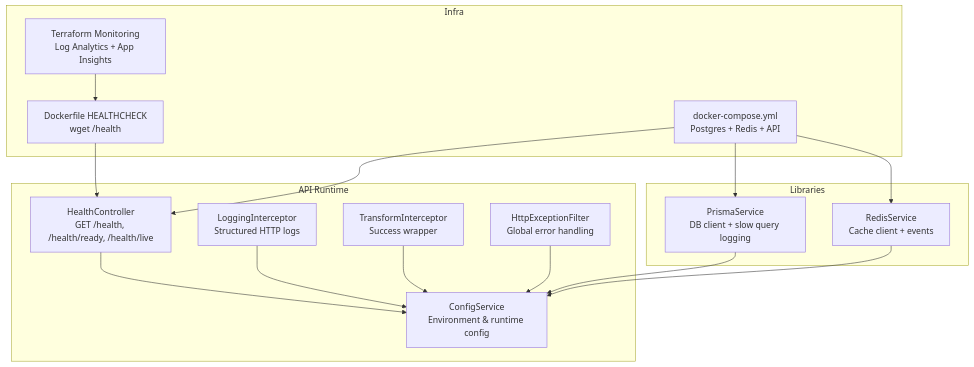
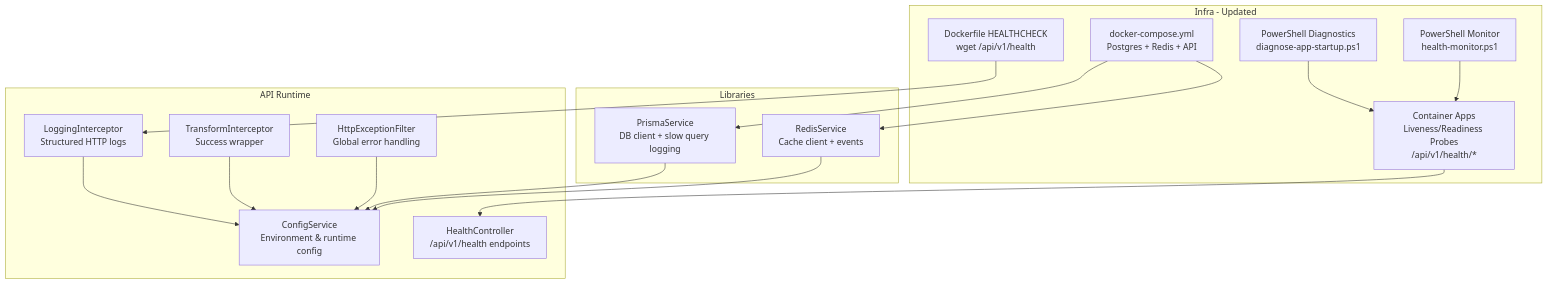
Before and after one commit to Avi-Bendetsky/Quiz-to-build: the first of 3 diagrams in .qoder/repowiki/en/content/Monitoring and Maintenance.md, drawn with Mermaid. The commit also changed other lines of this file and 41 other files, not shown here.

````diff
--- a/.qoder/repowiki/en/content/Monitoring and Maintenance.md
+++ b/.qoder/repowiki/en/content/Monitoring and Maintenance.md
@@ -48,30 +67,32 @@
 ```mermaid
 graph TB
 subgraph "API Runtime"
-HC["HealthController<br/>GET /health, /health/ready, /health/live"]
 INT_LOG["LoggingInterceptor<br/>Structured HTTP logs"]
 INT_TR["TransformInterceptor<br/>Success wrapper"]
 FILT["HttpExceptionFilter<br/>Global error handling"]
 CFG["ConfigService<br/>Environment & runtime config"]
+HC["HealthController<br/>/api/v1/health endpoints"]
 end
 subgraph "Libraries"
 PRISMA["PrismaService<br/>DB client + slow query logging"]
 REDIS["RedisService<br/>Cache client + events"]
 end
-subgraph "Infra"
-DKF["Dockerfile HEALTHCHECK<br/>wget /health"]
+subgraph "Infra - Updated"
+DKF["Dockerfile HEALTHCHECK<br/>wget /api/v1/health"]
 DCK["docker-compose.yml<br/>Postgres + Redis + API"]
-TF["Terraform Monitoring<br/>Log Analytics + App Insights"]
+TF_CA["Container Apps<br/>Liveness/Readiness Probes<br/>/api/v1/health/*"]
+PS_DIAG["PowerShell Diagnostics<br/>diagnose-app-startup.ps1"]
+PS_MON["PowerShell Monitor<br/>health-monitor.ps1"]
 end
-HC --> CFG
 INT_LOG --> CFG
 INT_TR --> CFG
 FILT --> CFG
 PRISMA --> CFG
 REDIS --> CFG
-DKF --> HC
-DCK --> HC
+DKF --> INT_LOG
 DCK --> PRISMA
 DCK --> REDIS
-TF --> DKF
+TF_CA --> HC
+PS_DIAG --> TF_CA
+PS_MON --> TF_CA
 ```
````
